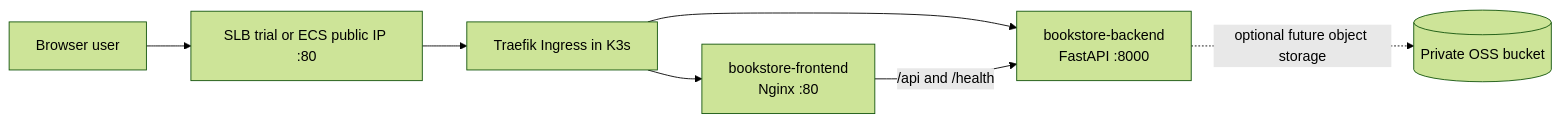
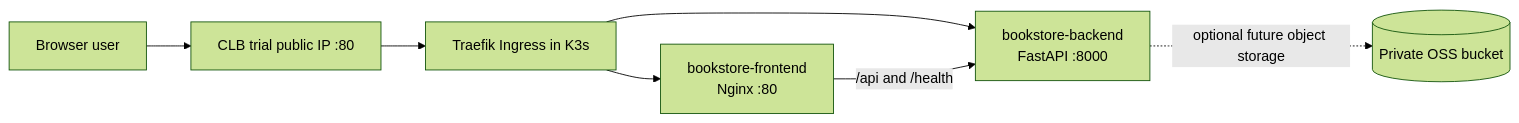
The first of 3 diagrams in docs/architecture.md (xxseehome/cloud-native-online-bookstore), drawn with Mermaid (forest theme) before and after one commit. The commit also changed other lines of this file and 5 other files, not shown here.

````diff
--- a/docs/architecture.md
+++ b/docs/architecture.md
@@ -10,9 +10,9 @@
 ```mermaid
 flowchart LR
-    User[Browser user] --> Entry[SLB trial or ECS public IP :80]
+    User[Browser user] --> Entry[CLB trial public IP :80]
     Entry --> Traefik[Traefik Ingress in K3s]
     Traefik --> Frontend[bookstore-frontend\nNginx :80]
     Traefik --> Backend[bookstore-backend\nFastAPI :8000]
     Frontend -->|/api and /health| Backend
     Backend -.->|optional future object storage| OSS[(Private OSS bucket)]
 ```
````
